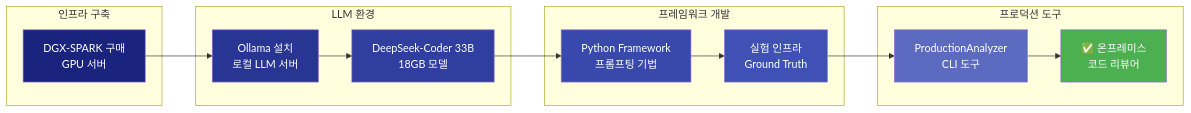
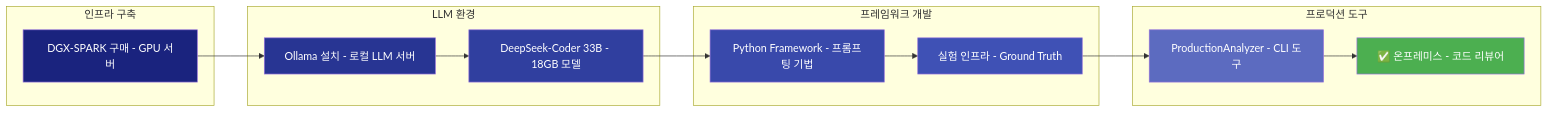
The third of 39 diagrams in PRESENTATION.md (ApeachM/llm-code-reviewer), drawn with Mermaid before and after one commit. The commit also changed other lines of this file, not shown here.

First line of the commit message:
fix: Replace special characters in Mermaid node labels for compatibility

````diff
--- a/PRESENTATION.md
+++ b/PRESENTATION.md
@@ -61,29 +62,29 @@
 ```mermaid
 graph LR
     subgraph "인프라 구축"
-        DGX[DGX-SPARK 구매<br/>GPU 서버]
+        DGX[DGX-SPARK 구매 - GPU 서버]
     end
 
     subgraph "LLM 환경"
-        DGX --> Ollama[Ollama 설치<br/>로컬 LLM 서버]
-        Ollama --> Model[DeepSeek-Coder 33B<br/>18GB 모델]
+        DGX --> Ollama[Ollama 설치 - 로컬 LLM 서버]
+        Ollama --> Model[DeepSeek-Coder 33B - 18GB 모델]
     end
 
     subgraph "프레임워크 개발"
-        Model --> Framework[Python Framework<br/>프롬프팅 기법]
-        Framework --> Exp[실험 인프라<br/>Ground Truth]
+        Model --> Framework[Python Framework - 프롬프팅 기법]
+        Framework --> Exp[실험 인프라 - Ground Truth]
     end
 
     subgraph "프로덕션 도구"
-        Exp --> Prod[ProductionAnalyzer<br/>CLI 도구]
-        Prod --> Result[✅ 온프레미스<br/>코드 리뷰어]
+        Exp --> Prod[ProductionAnalyzer - CLI 도구]
+        Prod --> Result[✅ 온프레미스 - 코드 리뷰어]
     end
 
     style DGX fill:#1a237e,color:#fff
     style Ollama fill:#283593,color:#fff
     style Model fill:#303f9f,color:#fff
     style Framework fill:#3949ab,color:#fff
     style Exp fill:#3f51b5,color:#fff
     style Prod fill:#5c6bc0,color:#fff
     style Result fill:#4caf50,color:#fff
 ```
````
